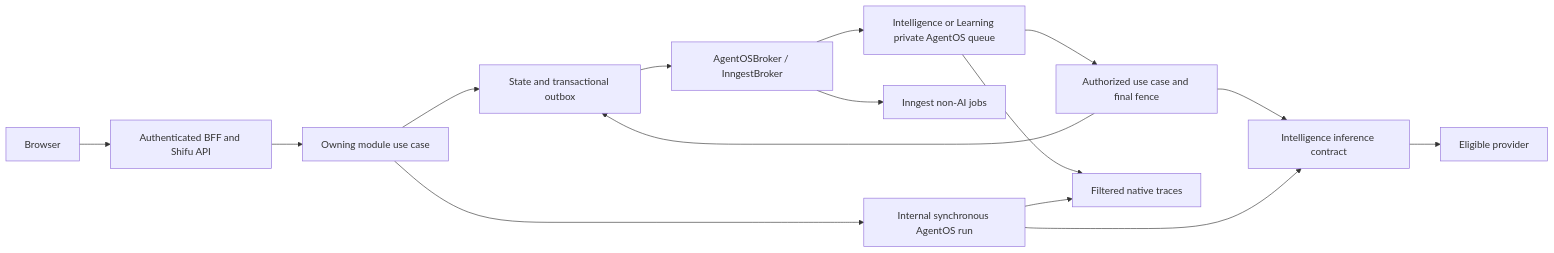
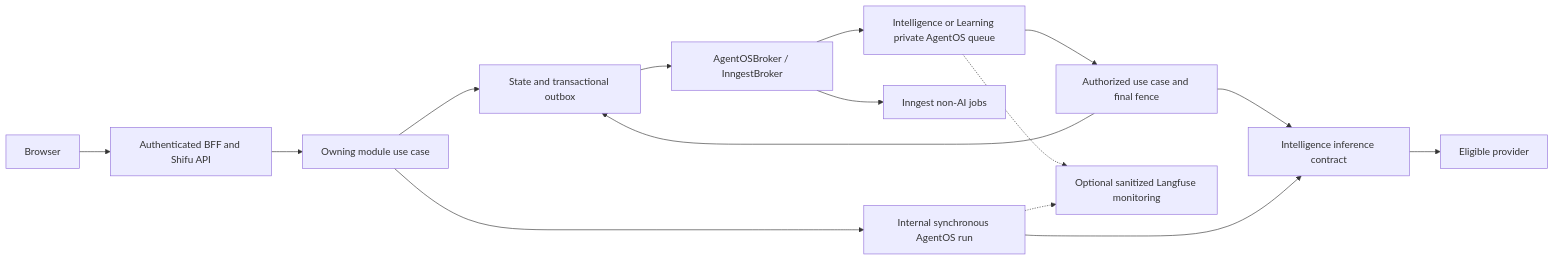
The diagram in documentation/features/intelligence/mentor-attachments/spec.md (CtrI-Alt-Del/shifu), drawn with Mermaid before and after one commit. The commit also changed other lines of this file and 107 other files, not shown here.

````diff
--- a/documentation/features/intelligence/mentor-attachments/spec.md
+++ b/documentation/features/intelligence/mentor-attachments/spec.md
@@ -1410,17 +1492,17 @@
 ```mermaid
 flowchart LR
     B[Browser] --> F[Authenticated BFF and Shifu API]
     F --> U[Owning module use case]
     U --> D[State and transactional outbox]
     D --> R[AgentOSBroker / InngestBroker]
     R --> A[Intelligence or Learning private AgentOS queue]
     R --> N[Inngest non-AI jobs]
     U --> S[Internal synchronous AgentOS run]
     A --> U2[Authorized use case and final fence]
     U2 --> I[Intelligence inference contract]
     S --> I
     I --> P[Eligible provider]
     U2 --> D
-    A --> T[Filtered native traces]
-    S --> T
+    A -.-> T[Optional sanitized Langfuse monitoring]
+    S -.-> T
 ```
````
